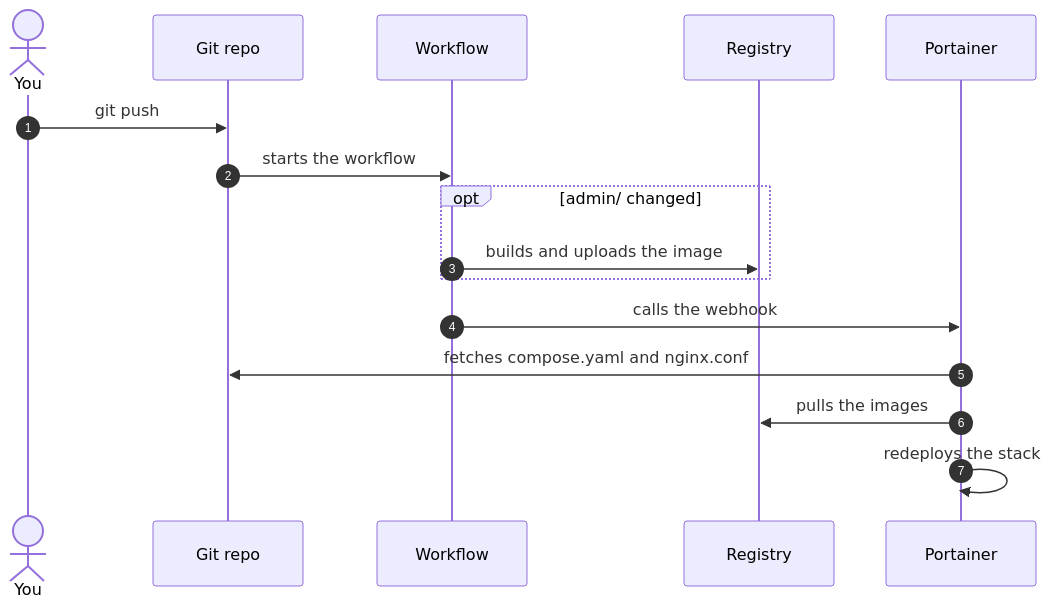
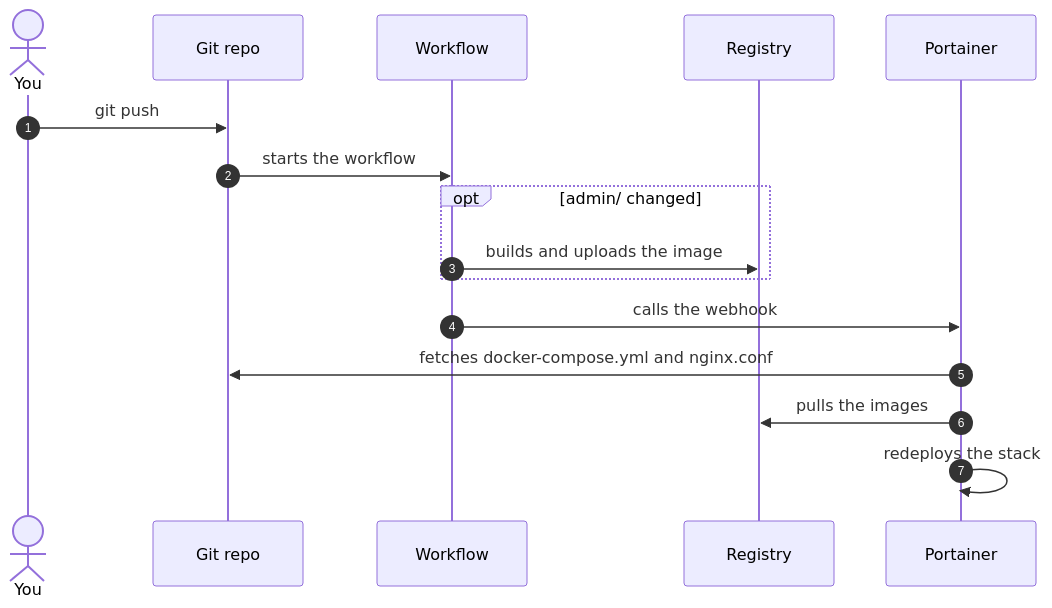
Before and after one commit to Pr0gh4nt3r/CraftApps: the fourth of 4 diagrams in README.md, drawn with Mermaid. The commit also changed other lines of this file and 8 other files, not shown here.

First line of the commit message:
refactor(compose): rename the compose files to docker-compose.yml

````diff
--- a/README.md
+++ b/README.md
@@ -296,18 +296,18 @@
 ```mermaid
 sequenceDiagram
   autonumber
   actor you as You
   participant repo as Git repo
   participant ci as Workflow
   participant registry as Registry
   participant portainer as Portainer
   you->>repo: git push
   repo->>ci: starts the workflow
   opt admin/ changed
     ci->>registry: builds and uploads the image
   end
   ci->>portainer: calls the webhook
-  portainer->>repo: fetches compose.yaml and nginx.conf
+  portainer->>repo: fetches docker-compose.yml and nginx.conf
   portainer->>registry: pulls the images
   portainer->>portainer: redeploys the stack
 ```
````
